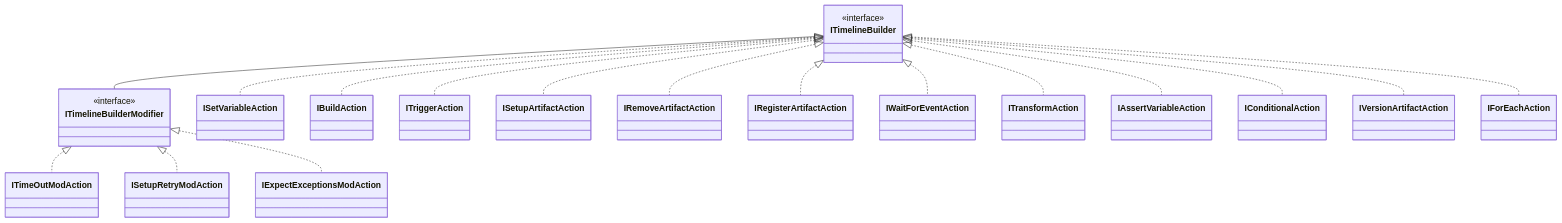
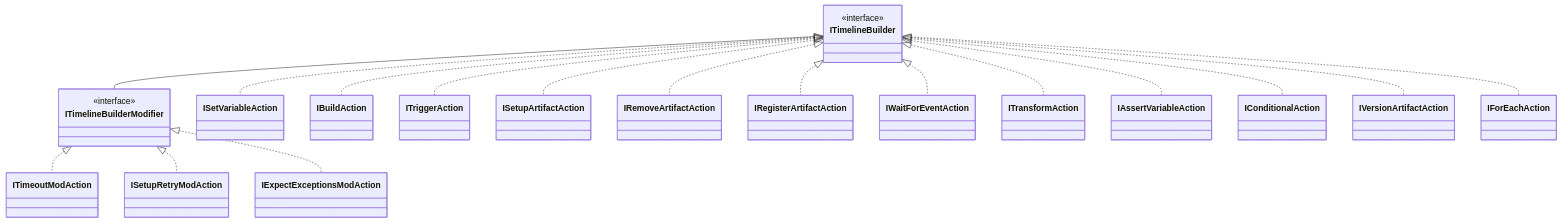
One commit to DeadMoon0/TestFramework-Core changed the second of 6 diagrams in Documentation/CoreArchitecture.md. Above: the diagram before and after it, drawn with Mermaid. The commit also changed other lines of this file and 53 other files, not shown here.

Commit message:
Rename WithTimeOut to WithTimeout and the Name modifier to Label, and take Transform's source first

````diff
--- a/Documentation/CoreArchitecture.md
+++ b/Documentation/CoreArchitecture.md
@@ -104,27 +104,27 @@
 ```mermaid
 classDiagram
     class ITimelineBuilder {
         <<interface>>
     }
     class ITimelineBuilderModifier {
         <<interface>>
     }
     ITimelineBuilder <|-- ITimelineBuilderModifier
 
     ITimelineBuilder <|.. ISetVariableAction
     ITimelineBuilder <|.. IBuildAction
     ITimelineBuilder <|.. ITriggerAction
     ITimelineBuilder <|.. ISetupArtifactAction
     ITimelineBuilder <|.. IRemoveArtifactAction
     ITimelineBuilder <|.. IRegisterArtifactAction
     ITimelineBuilder <|.. IWaitForEventAction
     ITimelineBuilder <|.. ITransformAction
     ITimelineBuilder <|.. IAssertVariableAction
     ITimelineBuilder <|.. IConditionalAction
     ITimelineBuilder <|.. IVersionArtifactAction
     ITimelineBuilder <|.. IForEachAction
 
-    ITimelineBuilderModifier <|.. ITimeOutModAction
+    ITimelineBuilderModifier <|.. ITimeoutModAction
     ITimelineBuilderModifier <|.. ISetupRetryModAction
     ITimelineBuilderModifier <|.. IExpectExceptionsModAction
 ```
````
